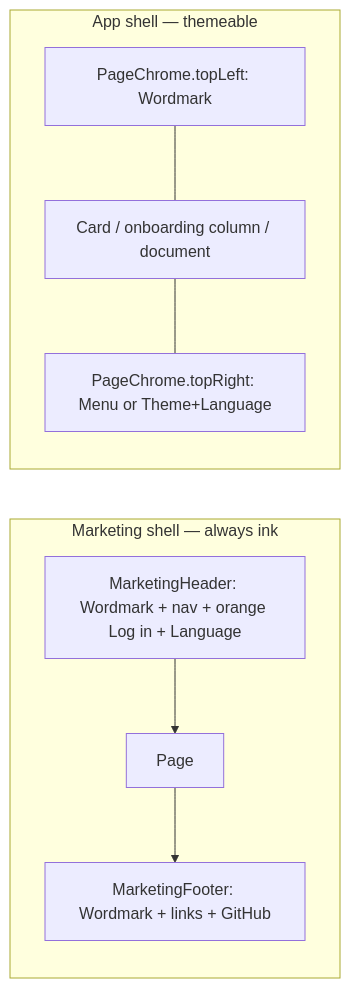
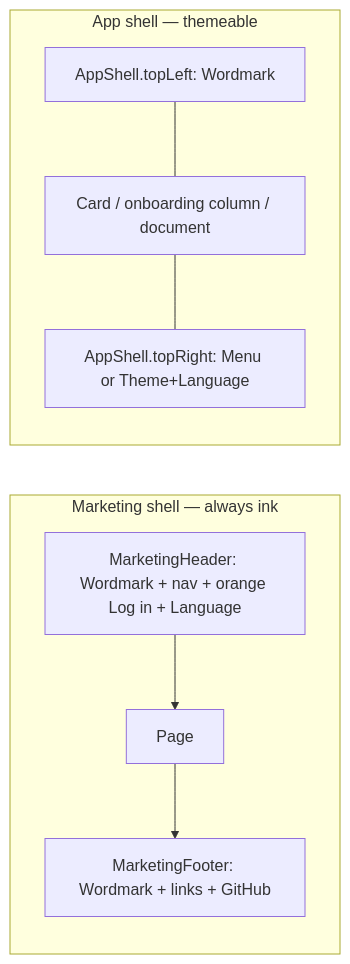
One commit to 21gifts/app changed the first of 3 diagrams in docs/ui.md. Above: the diagram before and after it, drawn with Mermaid. The commit also changed other lines of this file and 249 other files, not shown here.

First line of the commit message:
01a062f8 - Replace svh and mt-auto shells with visualViewport AppShell (#131)

````diff
--- a/docs/ui.md
+++ b/docs/ui.md
@@ -141,15 +148,15 @@
 ```mermaid
 flowchart LR
   subgraph marketingShell [Marketing shell — always ink]
     MH[MarketingHeader: Wordmark + nav + orange Log in + Language]
     MC[Page]
     MF[MarketingFooter: Wordmark + links + GitHub]
   end
   subgraph appShell [App shell — themeable]
-    PL[PageChrome.topLeft: Wordmark]
-    PR[PageChrome.topRight: Menu or Theme+Language]
+    PL[AppShell.topLeft: Wordmark]
+    PR[AppShell.topRight: Menu or Theme+Language]
     BODY[Card / onboarding column / document]
   end
   MH --> MC --> MF
   PL --- BODY --- PR
 ```
````
